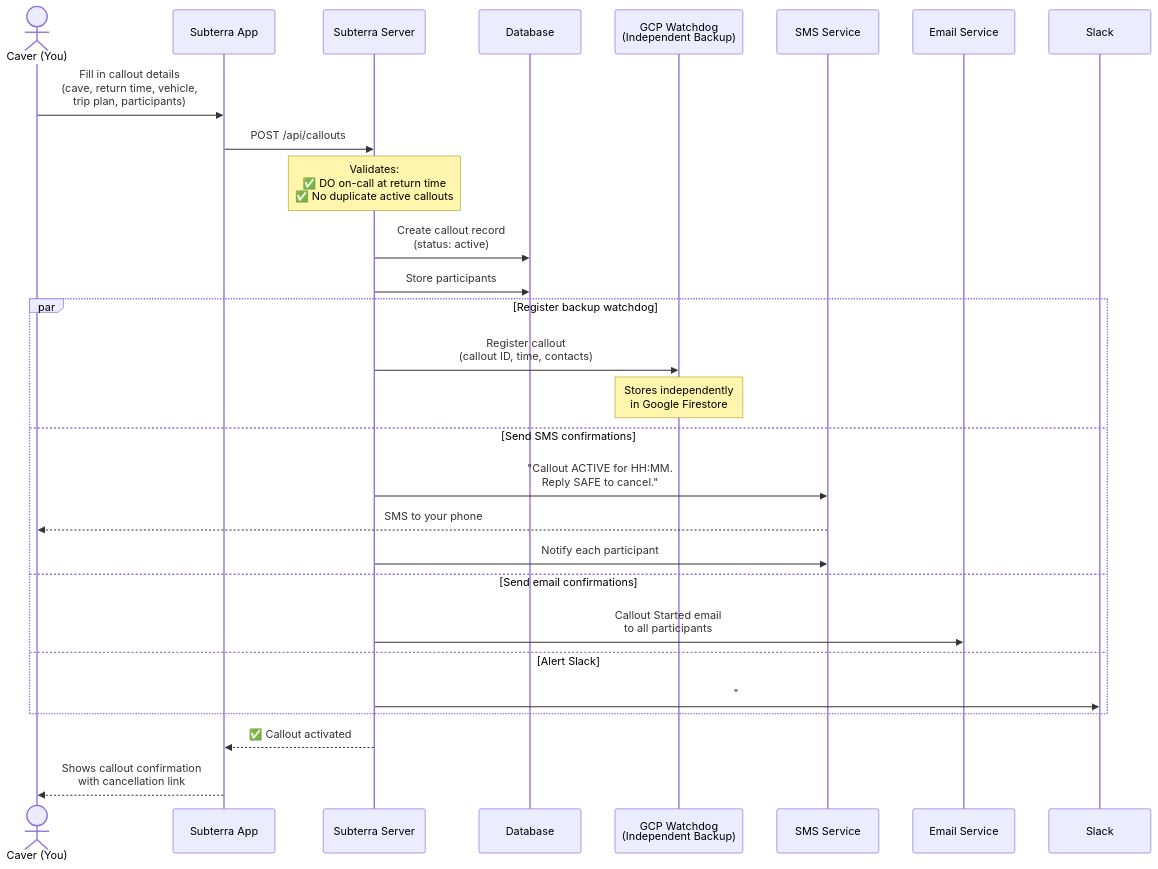
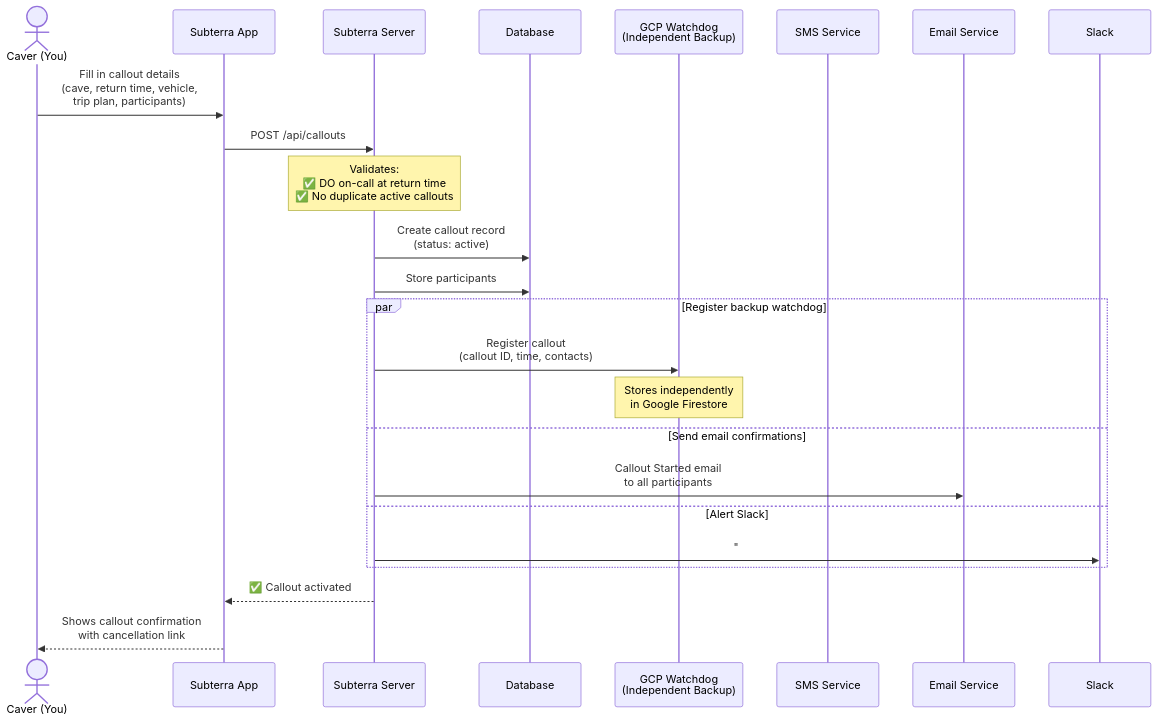
One commit to paperclipmonkey/subterra changed the first of 8 diagrams in docs/callout-system.md. Above: the diagram before and after it, drawn with Mermaid. The commit also changed other lines of this file and 6 other files, not shown here.

Commit message:
feat: Introduce phone number validation for Duty Officers and refine callout notification targeting to exclude platform admins.

````diff
--- a/docs/callout-system.md
+++ b/docs/callout-system.md
@@ -27,35 +27,31 @@
 ```mermaid
 sequenceDiagram
     actor User as Caver (You)
     participant UI as Subterra App
     participant API as Subterra Server
     participant DB as Database
     participant Watchdog as GCP Watchdog<br/>(Independent Backup)
     participant SMS as SMS Service
     participant Email as Email Service
     participant Slack as Slack
 
     User->>UI: Fill in callout details<br/>(cave, return time, vehicle,<br/>trip plan, participants)
     UI->>API: POST /api/callouts
 
     Note over API: Validates:<br/>✅ DO on-call at return time<br/>✅ No duplicate active callouts
 
     API->>DB: Create callout record<br/>(status: active)
     API->>DB: Store participants
 
     par Register backup watchdog
         API->>Watchdog: Register callout<br/>(callout ID, time, contacts)
         Note over Watchdog: Stores independently<br/>in Google Firestore
-    and Send SMS confirmations
-        API->>SMS: "Callout ACTIVE for HH:MM.<br/>Reply SAFE to cancel."
-        SMS-->>User: SMS to your phone
-        API->>SMS: Notify each participant
     and Send email confirmations
         API->>Email: Callout Started email<br/>to all participants
     and Alert Slack
         API->>Slack: "#callouts-open: New Callout"
     end
 
     API-->>UI: ✅ Callout activated
     UI-->>User: Shows callout confirmation<br/>with cancellation link
 ```
````
